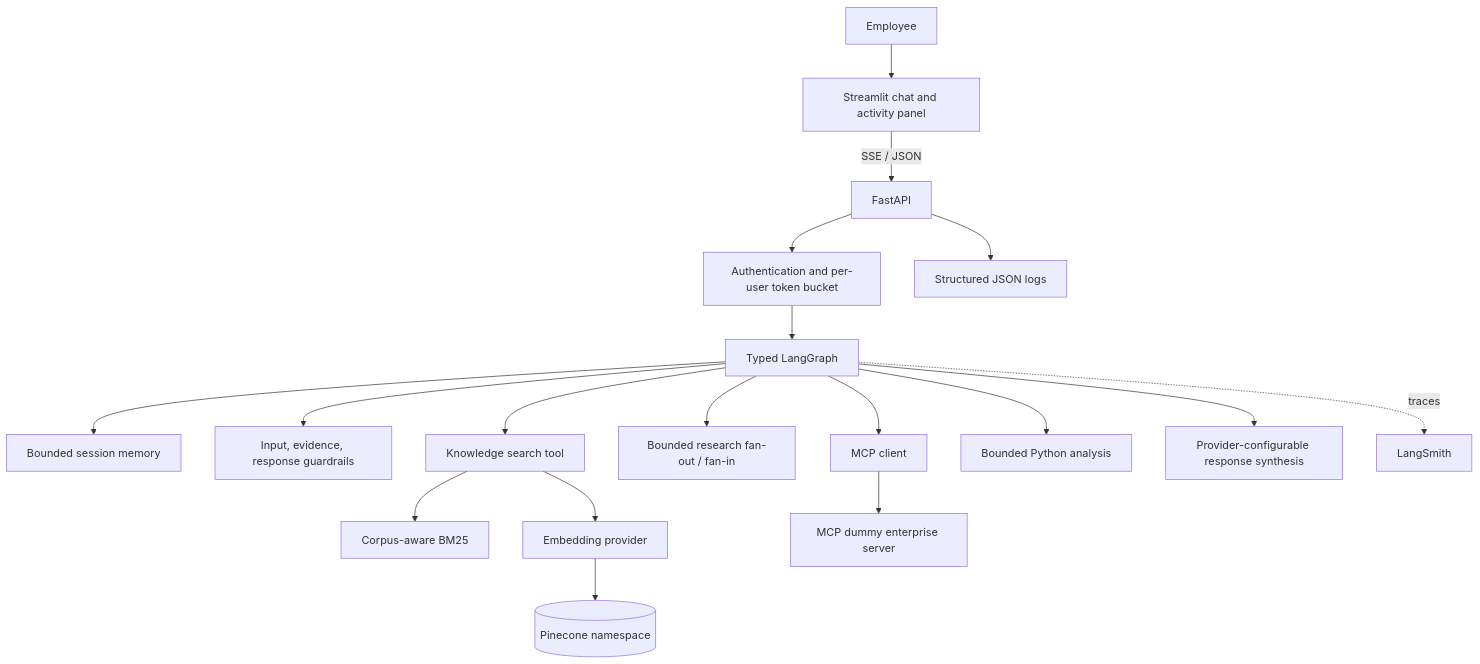
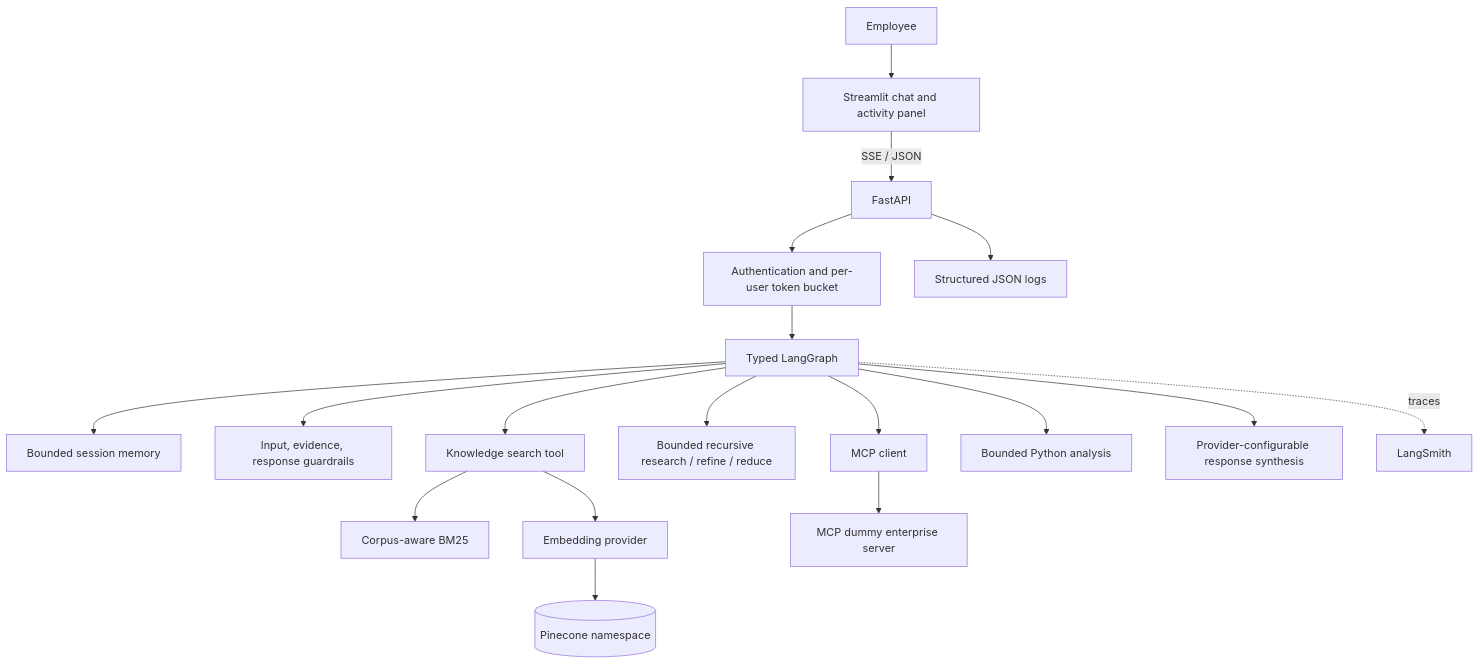
Before and after one commit to DumiduNadeera/ai-assistant: the first of 2 diagrams in ARCHITECTURE.md, drawn with Mermaid. The commit also changed other lines of this file and 11 other files, not shown here.

Commit message:
recursive research agent update

````diff
--- a/ARCHITECTURE.md
+++ b/ARCHITECTURE.md
@@ -7,20 +7,20 @@
 ```mermaid
 flowchart TB
     U[Employee] --> UI[Streamlit chat and activity panel]
     UI -->|SSE / JSON| API[FastAPI]
     API --> AUTH[Authentication and per-user token bucket]
     AUTH --> LG[Typed LangGraph]
     LG --> MEM[Bounded session memory]
     LG --> GUARD[Input, evidence, response guardrails]
     LG --> RET[Knowledge search tool]
     RET --> BM[Corpus-aware BM25]
     RET --> EMB[Embedding provider]
     EMB --> PC[(Pinecone namespace)]
-    LG --> RLM[Bounded research fan-out / fan-in]
+    LG --> RLM[Bounded recursive research / refine / reduce]
     LG --> MCP[MCP client]
     MCP --> MCPS[MCP dummy enterprise server]
     LG --> PY[Bounded Python analysis]
     LG --> LLM[Provider-configurable response synthesis]
     LG -. traces .-> LS[LangSmith]
     API --> LOG[Structured JSON logs]
 ```
````
